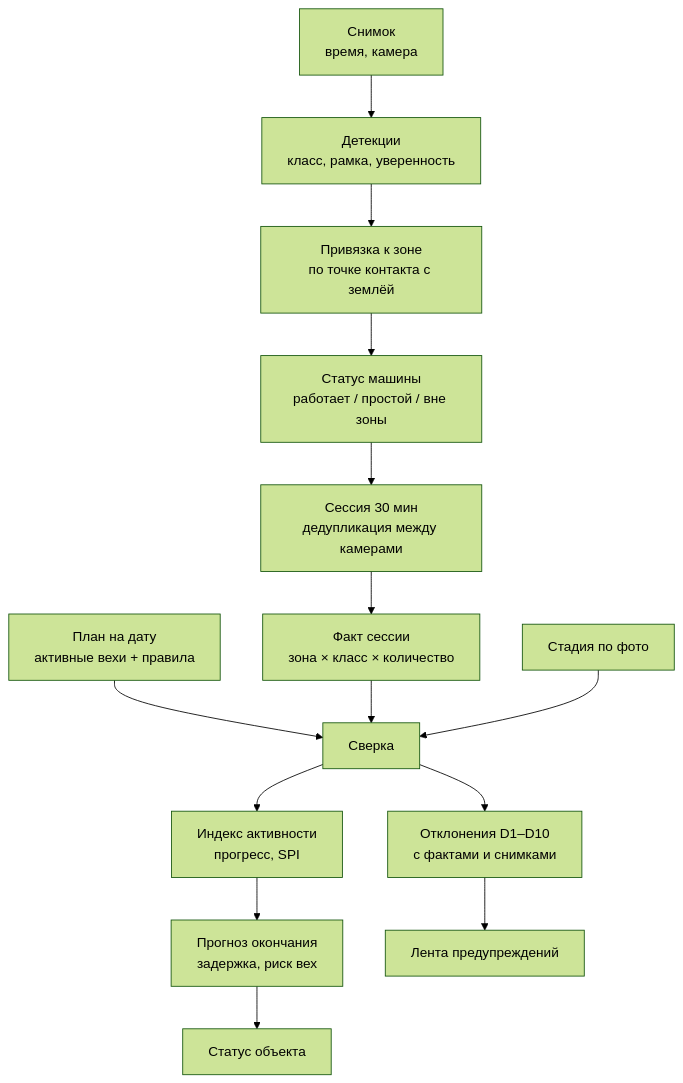
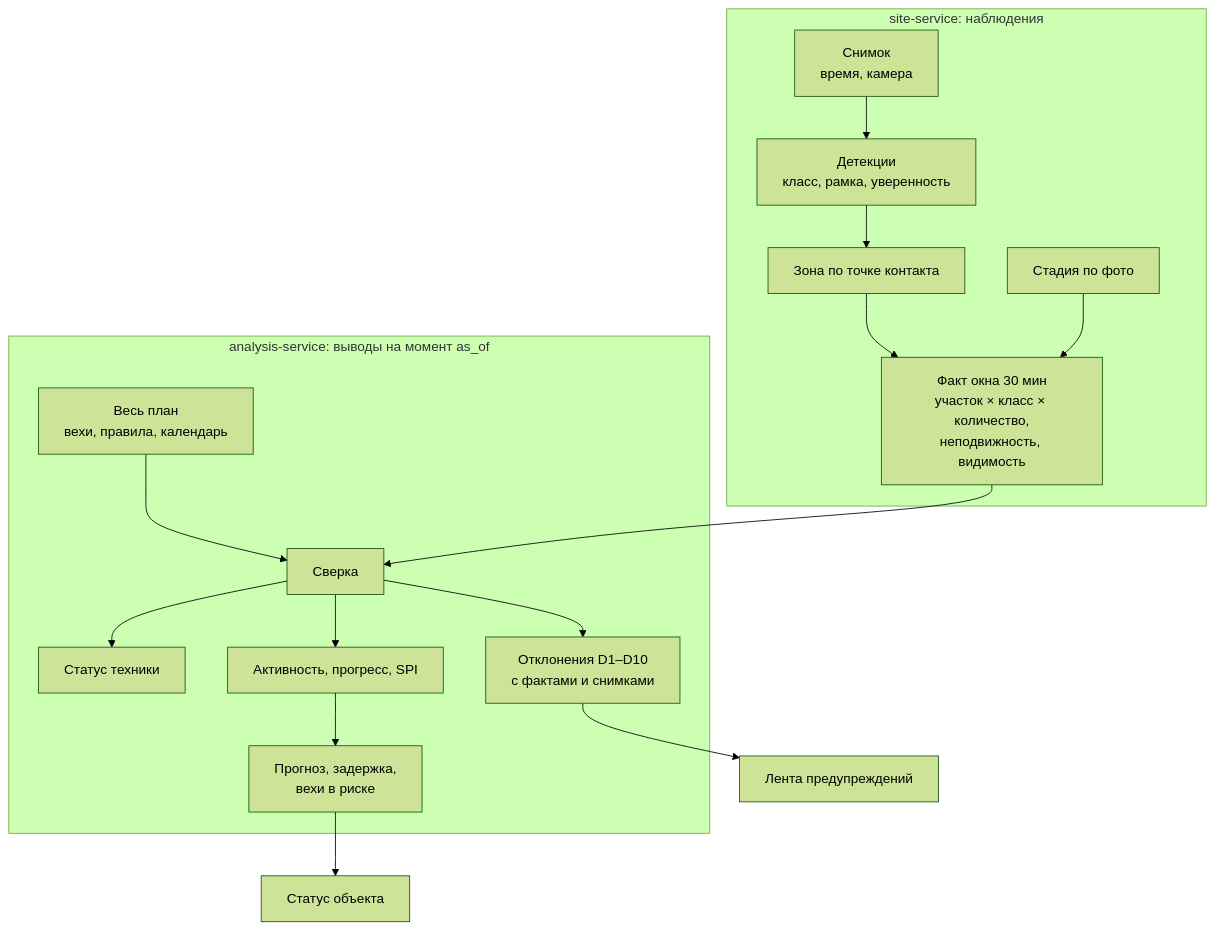
Before and after one commit to cerXXXX/ConstructionSupervision: the diagram in docs/methodology.md, drawn with Mermaid (forest theme). The commit also changed other lines of this file and 45 other files, not shown here.

````diff
--- a/docs/methodology.md
+++ b/docs/methodology.md
@@ -12,16 +18,19 @@
 ```mermaid
 flowchart TB
-    A["Снимок<br/>время, камера"] --> B["Детекции<br/>класс, рамка, уверенность"]
-    B --> C["Привязка к зоне<br/>по точке контакта с землёй"]
-    C --> D["Статус машины<br/>работает / простой / вне зоны"]
-    D --> E["Сессия 30 мин<br/>дедупликация между камерами"]
-    E --> F["Факт сессии<br/>зона × класс × количество"]
-    G["План на дату<br/>активные вехи + правила"] --> H
-    F --> H["Сверка"]
-    I["Стадия по фото"] --> H
-    H --> J["Отклонения D1–D10<br/>с фактами и снимками"]
-    H --> K["Индекс активности<br/>прогресс, SPI"]
-    K --> L["Прогноз окончания<br/>задержка, риск вех"]
+    subgraph SITE["site-service: наблюдения"]
+        A["Снимок<br/>время, камера"] --> B["Детекции<br/>класс, рамка, уверенность"]
+        B --> C["Зона по точке контакта"]
+        C --> D["Факт окна 30 мин<br/>участок × класс × количество,<br/>неподвижность, видимость"]
+        I["Стадия по фото"] --> D
+    end
+    subgraph ANL["analysis-service: выводы на момент as_of"]
+        G["Весь план<br/>вехи, правила, календарь"] --> H["Сверка"]
+        D --> H
+        H --> S["Статус техники"]
+        H --> J["Отклонения D1–D10<br/>с фактами и снимками"]
+        H --> K["Активность, прогресс, SPI"]
+        K --> L["Прогноз, задержка,<br/>вехи в риске"]
+    end
     J --> M["Лента предупреждений"]
     L --> N["Статус объекта"]
 ```
````
